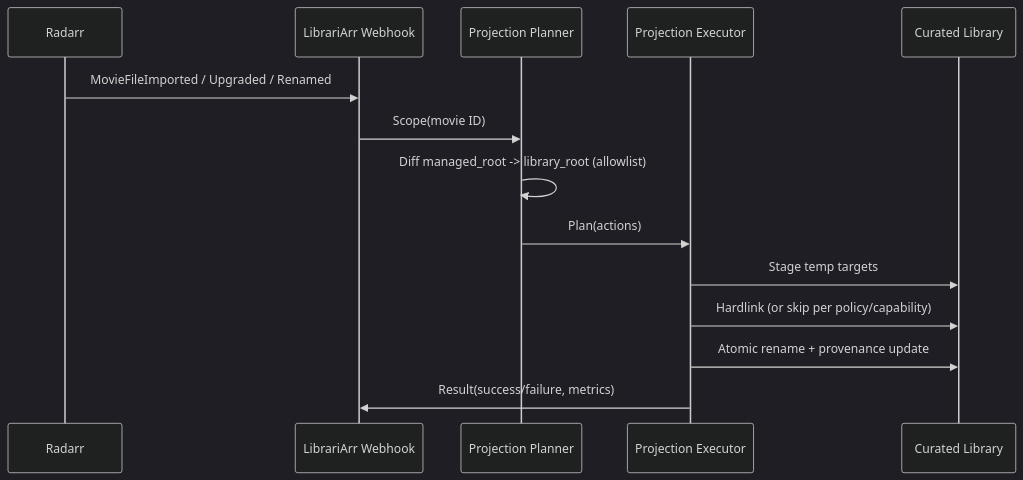
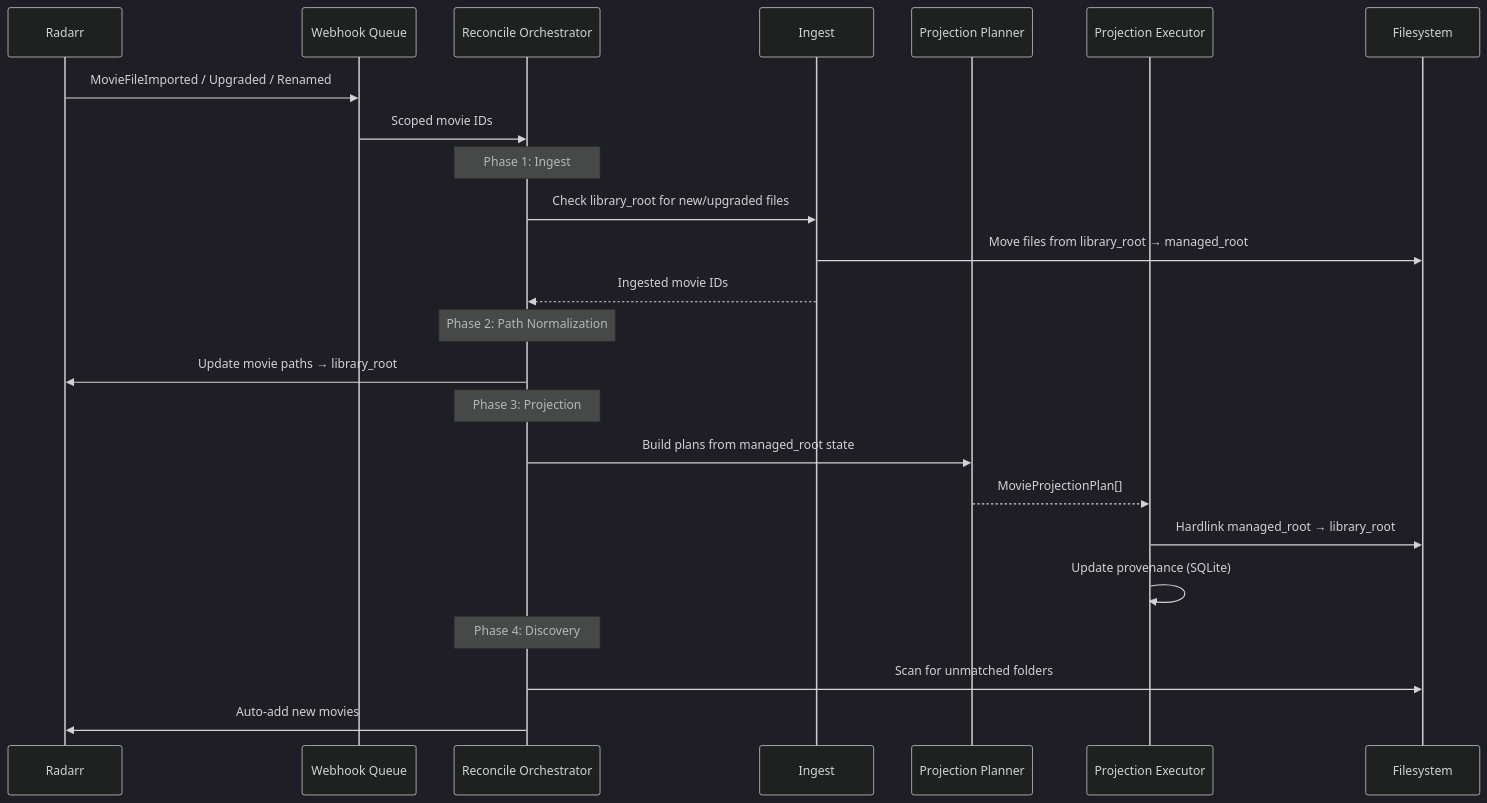
One commit to vtietz/librariarr changed the diagram in docs/radarr_projection_implementation_spec.md. Above: the diagram before and after it, drawn with Mermaid (dark theme). The commit also changed other lines of this file and 11 other files, not shown here.

````diff
--- a/docs/radarr_projection_implementation_spec.md
+++ b/docs/radarr_projection_implementation_spec.md
@@ -624,17 +305,31 @@
 ```mermaid
 sequenceDiagram
   participant Radarr
-  participant Hooks as LibrariArr Webhook
+  participant Hooks as Webhook Queue
+  participant Reconcile as Reconcile Orchestrator
+  participant Ingest as Ingest
   participant Planner as Projection Planner
   participant Exec as Projection Executor
-  participant Lib as Curated Library
+  participant FS as Filesystem
 
   Radarr->>Hooks: MovieFileImported / Upgraded / Renamed
-  Hooks->>Planner: Scope(movie ID)
-  Planner->>Planner: Diff managed_root -> library_root (allowlist)
-  Planner->>Exec: Plan(actions)
-  Exec->>Lib: Stage temp targets
-  Exec->>Lib: Hardlink (or skip per policy/capability)
-  Exec->>Lib: Atomic rename + provenance update
-  Exec->>Hooks: Result(success/failure, metrics)
+  Hooks->>Reconcile: Scoped movie IDs
+
+  Note over Reconcile: Phase 1: Ingest
+  Reconcile->>Ingest: Check library_root for new/upgraded files
+  Ingest->>FS: Move files from library_root → managed_root
+  Ingest-->>Reconcile: Ingested movie IDs
+
+  Note over Reconcile: Phase 2: Path Normalization
+  Reconcile->>Radarr: Update movie paths → library_root
+
+  Note over Reconcile: Phase 3: Projection
+  Reconcile->>Planner: Build plans from managed_root state
+  Planner-->>Exec: MovieProjectionPlan[]
+  Exec->>FS: Hardlink managed_root → library_root
+  Exec->>Exec: Update provenance (SQLite)
+
+  Note over Reconcile: Phase 4: Discovery
+  Reconcile->>FS: Scan for unmatched folders
+  Reconcile->>Radarr: Auto-add new movies
 ```
````
